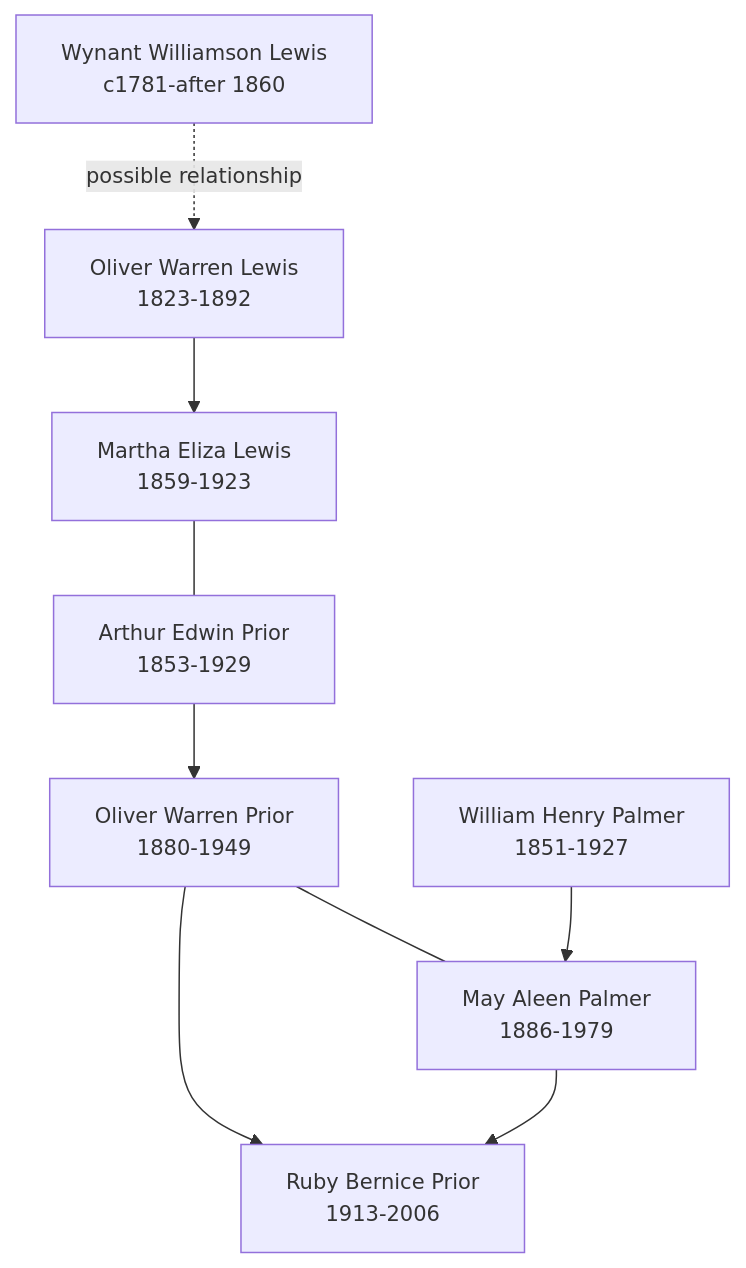
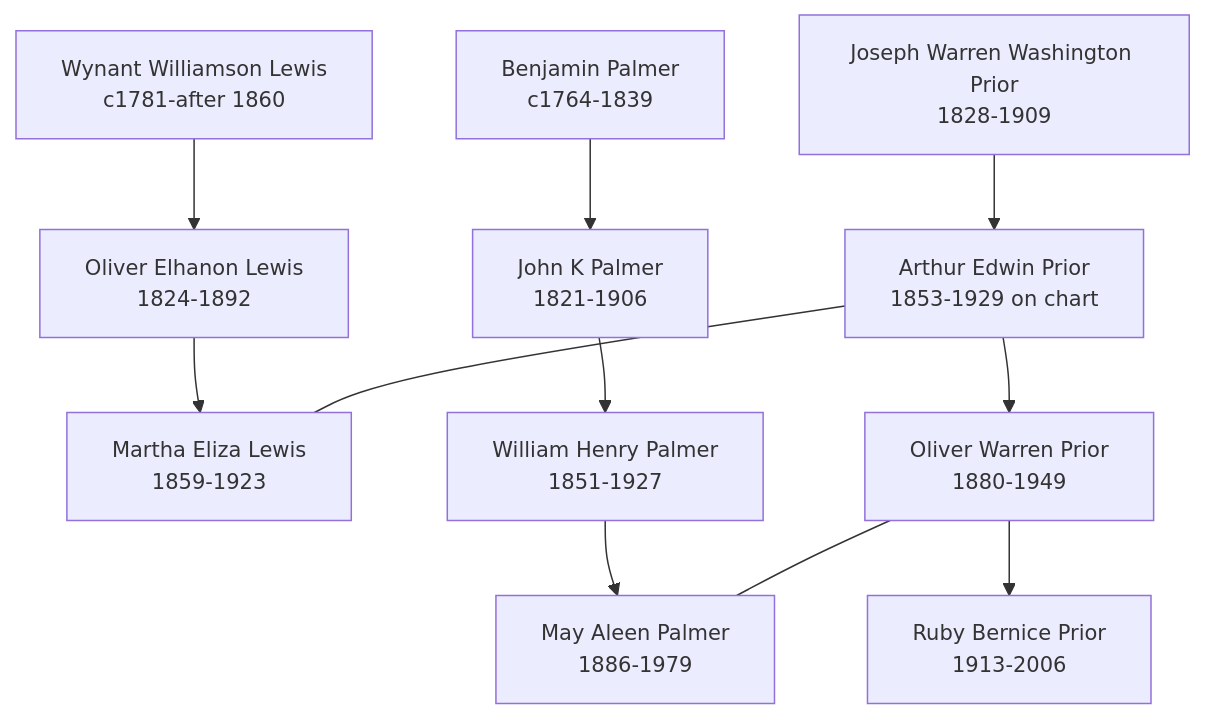
Before and after one commit to zcopley/thorpe-family-research: the diagram in Topics/Palmer Prior Lewis Branch Summary.md, drawn with Mermaid. The commit also changed other lines of this file and 45 other files, not shown here.

Commit message:
Process remaining pedigree timelines

````diff
--- a/Topics/Palmer Prior Lewis Branch Summary.md
+++ b/Topics/Palmer Prior Lewis Branch Summary.md
@@ -16,21 +16,26 @@
 ```mermaid
 %%{init: {'flowchart': {'htmlLabels': true}, 'theme': 'default', 'themeVariables': {'primaryTextColor': '#000000', 'primaryBorderColor': '#333333', 'lineColor': '#333333', 'fontSize': '14px'}}}%%
 graph TD
-  WWL["Wynant Williamson Lewis<br/>c1781-after 1860"]
-  OWL["Oliver Warren Lewis<br/>1823-1892"]
+  JWP["Joseph Warren Washington Prior<br/>1828-1909"]
+  AEP["Arthur Edwin Prior<br/>1853-1929 on chart"]
   MEL["Martha Eliza Lewis<br/>1859-1923"]
-  AEP["Arthur Edwin Prior<br/>1853-1929"]
   OWP["Oliver Warren Prior<br/>1880-1949"]
-  WHP["William Henry Palmer<br/>1851-1927"]
   MAP["May Aleen Palmer<br/>1886-1979"]
   RBP["Ruby Bernice Prior<br/>1913-2006"]
+  WWL["Wynant Williamson Lewis<br/>c1781-after 1860"]
+  OEL["Oliver Elhanon Lewis<br/>1824-1892"]
+  BP["Benjamin Palmer<br/>c1764-1839"]
+  JKP["John K Palmer<br/>1821-1906"]
+  WHP["William Henry Palmer<br/>1851-1927"]
 
-  WWL -. "possible relationship" .-> OWL
-  OWL --> MEL
-  MEL --- AEP
+  JWP --> AEP
+  AEP --- MEL
   AEP --> OWP
-  WHP --> MAP
   OWP --- MAP
   OWP --> RBP
-  MAP --> RBP
+  WWL --> OEL
+  OEL --> MEL
+  BP --> JKP
+  JKP --> WHP
+  WHP --> MAP
 ```
````
